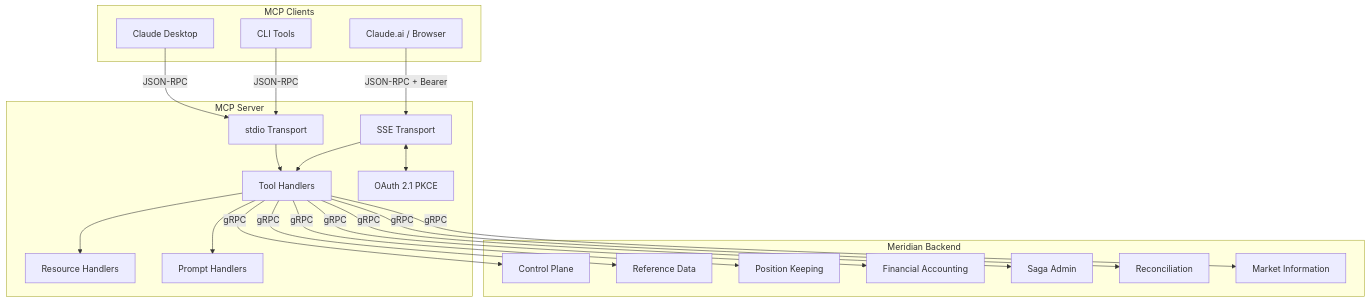
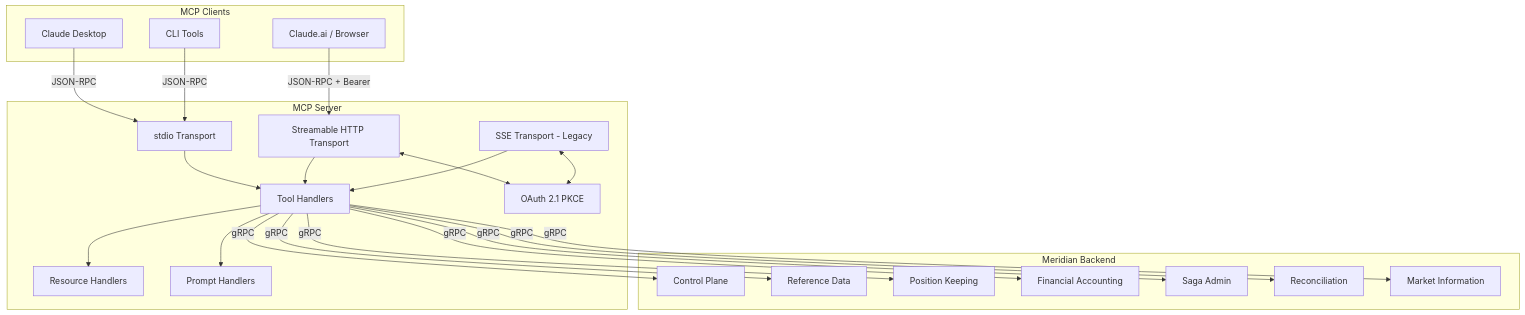
The diagram in services/mcp-server/README.md (meridianhub/meridian), drawn with Mermaid before and after one commit. The commit also changed other lines of this file and 2 other files, not shown here.

First line of the commit message:
docs: update MCP configuration to recommend streamable HTTP transport

````diff
--- a/services/mcp-server/README.md
+++ b/services/mcp-server/README.md
@@ -43,45 +43,48 @@
 ```mermaid
 flowchart TB
     subgraph "MCP Clients"
         CD[Claude Desktop]
         CB[Claude.ai / Browser]
         CLI[CLI Tools]
     end
 
     subgraph "MCP Server"
         ST[stdio Transport]
-        SE[SSE Transport]
+        SH[Streamable HTTP Transport]
+        SE[SSE Transport - Legacy]
         TH[Tool Handlers]
         RH[Resource Handlers]
         PH[Prompt Handlers]
         OA[OAuth 2.1 PKCE]
     end
 
     subgraph "Meridian Backend"
         CP[Control Plane]
         RD[Reference Data]
         PK[Position Keeping]
         FA[Financial Accounting]
         SA[Saga Admin]
         RC[Reconciliation]
         MI[Market Information]
     end
 
     CD -->|JSON-RPC| ST
     CLI -->|JSON-RPC| ST
-    CB -->|JSON-RPC + Bearer| SE
+    CB -->|JSON-RPC + Bearer| SH
+    SH <--> OA
     SE <--> OA
 
     ST --> TH
+    SH --> TH
     SE --> TH
     TH --> RH
     TH --> PH
 
     TH -->|gRPC| CP
     TH -->|gRPC| RD
     TH -->|gRPC| PK
     TH -->|gRPC| FA
     TH -->|gRPC| SA
     TH -->|gRPC| RC
     TH -->|gRPC| MI
 ```
````
